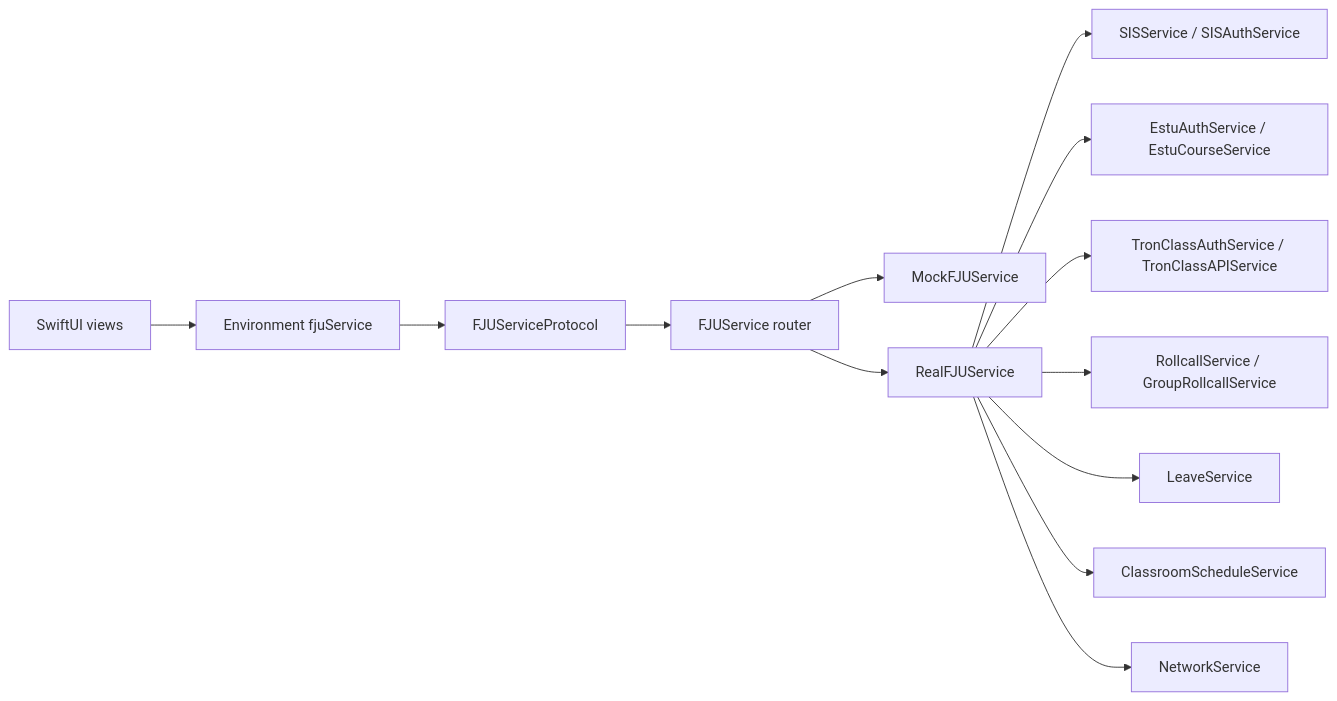
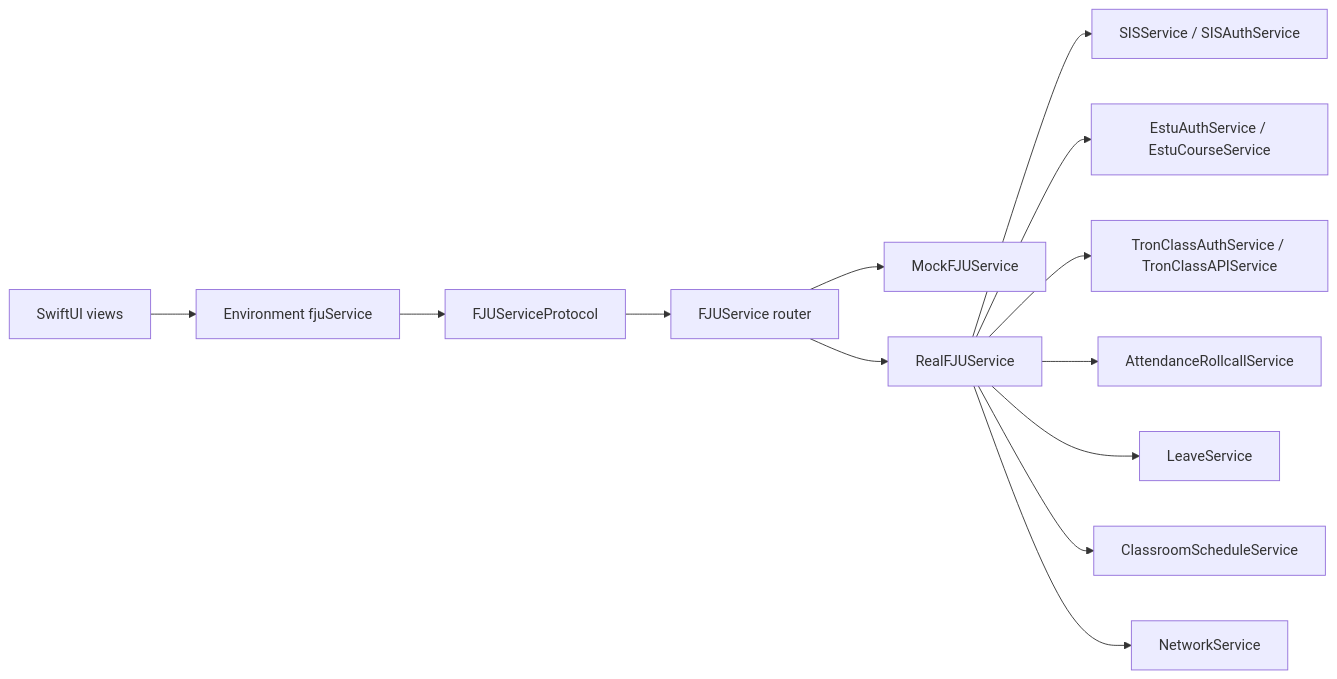
One commit to FJU-Devs/fju-aio changed the second of 3 diagrams in MAP.md. Above: the diagram before and after it, drawn with Mermaid. The commit also changed other lines of this file and 81 other files, not shown here.

````diff
--- a/MAP.md
+++ b/MAP.md
@@ -209,16 +208,16 @@
 ```mermaid
 flowchart LR
     Views[SwiftUI views] --> Env[Environment fjuService]
     Env --> Protocol[FJUServiceProtocol]
     Protocol --> FJU[FJUService router]
     FJU --> Mock[MockFJUService]
     FJU --> Real[RealFJUService]
 
     Real --> SIS[SISService / SISAuthService]
     Real --> ESTU[EstuAuthService / EstuCourseService]
     Real --> Tron[TronClassAuthService / TronClassAPIService]
-    Real --> Rollcall[RollcallService / GroupRollcallService]
+    Real --> Attendance[AttendanceRollcallService]
     Real --> Leave[LeaveService]
     Real --> Classroom[ClassroomScheduleService]
     Real --> Network[NetworkService]
 ```
````
